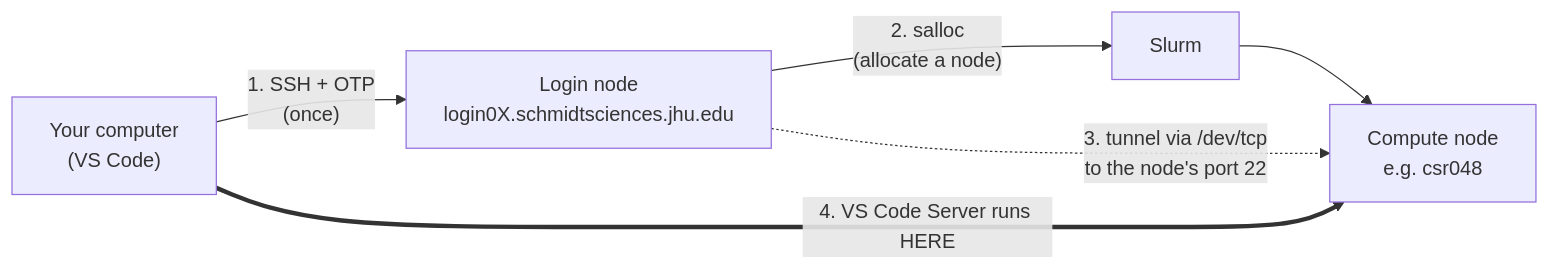
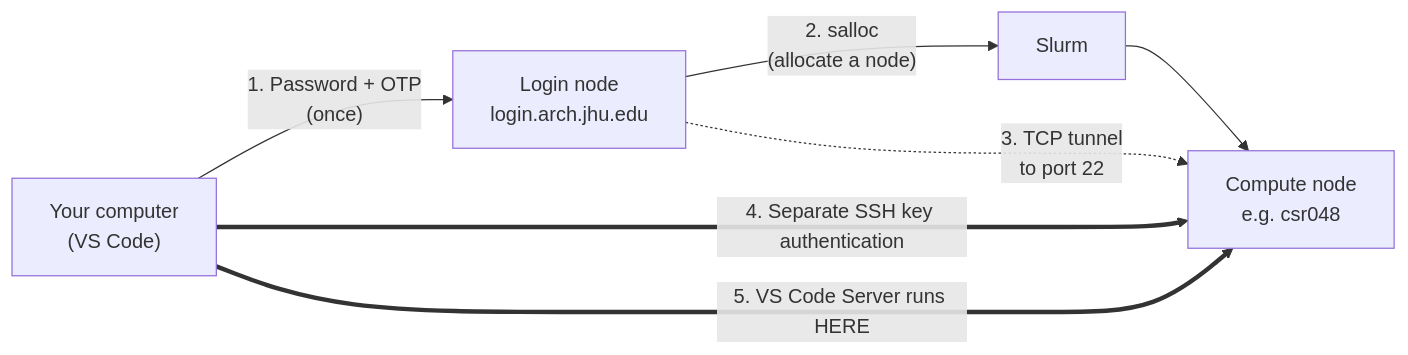
The first of 2 diagrams in 1_Clusters/Skipjack/vscode.rst (jhu-arch/arch-docs), drawn with Mermaid before and after one commit. The commit also changed other lines of this file, not shown here.

```diff
--- a/1_Clusters/Skipjack/vscode.rst
+++ b/1_Clusters/Skipjack/vscode.rst
@@ -34,8 +34,9 @@
 .. mermaid::
 
    flowchart LR
-       A["Your computer<br/>(VS Code)"] -->|"1. SSH + OTP<br/>(once)"| B["Login node<br/>login0X.schmidtsciences.jhu.edu"]
+       A["Your computer<br/>(VS Code)"] -->|"1. Password + OTP<br/>(once)"| B["Login node<br/>login.arch.jhu.edu"]
        B -->|"2. salloc<br/>(allocate a node)"| C["Slurm"]
        C --> D["Compute node<br/>e.g. csr048"]
-       B -.->|"3. tunnel via /dev/tcp<br/>to the node's port 22"| D
-       A ==>|"4. VS Code Server runs HERE"| D
+       B -.->|"3. TCP tunnel<br/>to port 22"| D
+       A ==>|"4. Separate SSH key authentication"| D
+       A ==>|"5. VS Code Server runs HERE"| D
```
